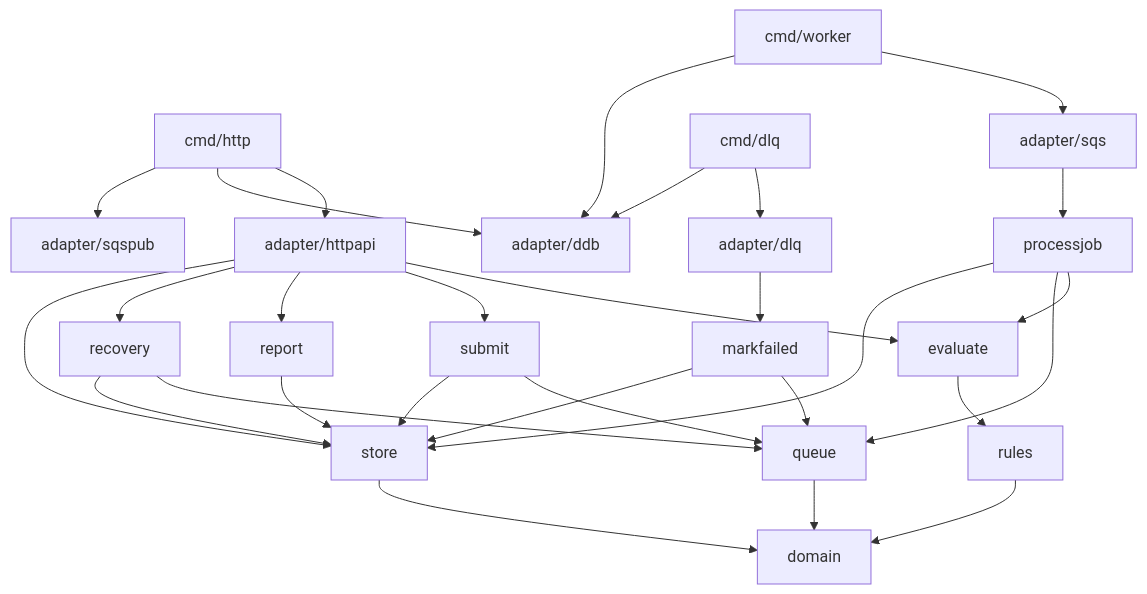
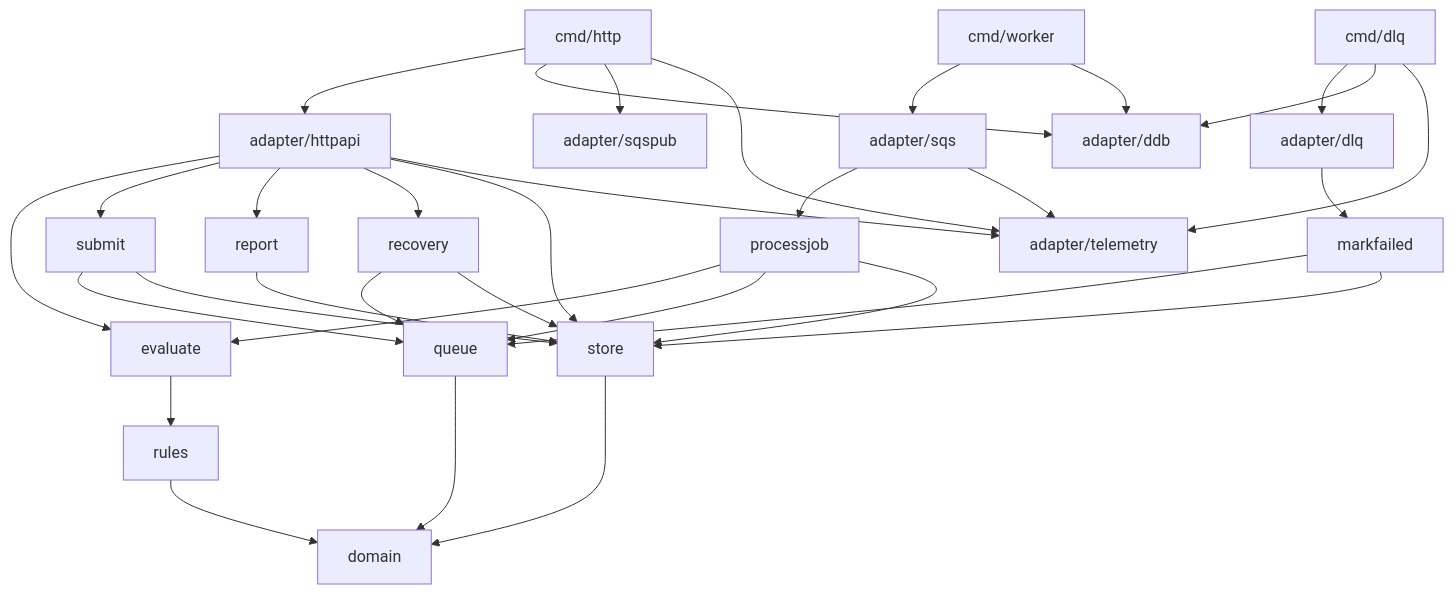
The third of 4 diagrams in docs/architecture.md (vitoladev/credit-card-engine), drawn with Mermaid before and after one commit. The commit also changed other lines of this file and 20 other files, not shown here.

````diff
--- a/docs/architecture.md
+++ b/docs/architecture.md
@@ -229,31 +262,35 @@
 ```mermaid
 flowchart TB
   http["cmd/http"] --> httpapi["adapter/httpapi"]
   http --> ddbA["adapter/ddb"]
   http --> pub["adapter/sqspub"]
+  http --> tel["adapter/telemetry"]
   worker["cmd/worker"] --> sqs["adapter/sqs"]
   worker --> ddbA
   dlqCmd["cmd/dlq"] --> dlqA["adapter/dlq"]
   dlqCmd --> ddbA
+  dlqCmd --> tel
   dlqA --> markfailed
   markfailed --> queue
   markfailed --> store
   httpapi --> evaluate
   httpapi --> submit
   httpapi --> report
   httpapi --> recovery
   httpapi --> store
+  httpapi --> tel
   recovery --> queue
   recovery --> store
   submit --> queue["queue"]
   submit --> store
   report --> store
   sqs --> job["processjob"]
+  sqs --> tel
   job --> evaluate
   job --> queue
   job --> store
   evaluate["evaluate"] --> chain["rules"]
   chain --> domain["domain"]
   store --> domain
   queue --> domain
 ```
````
